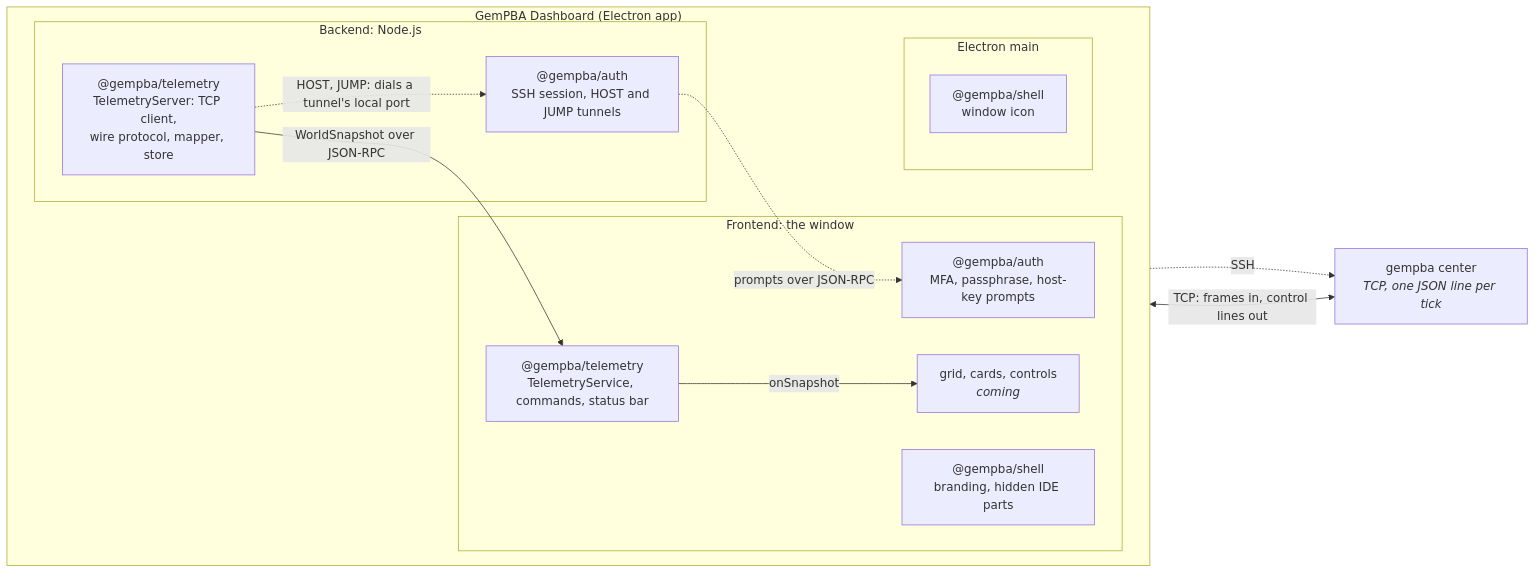
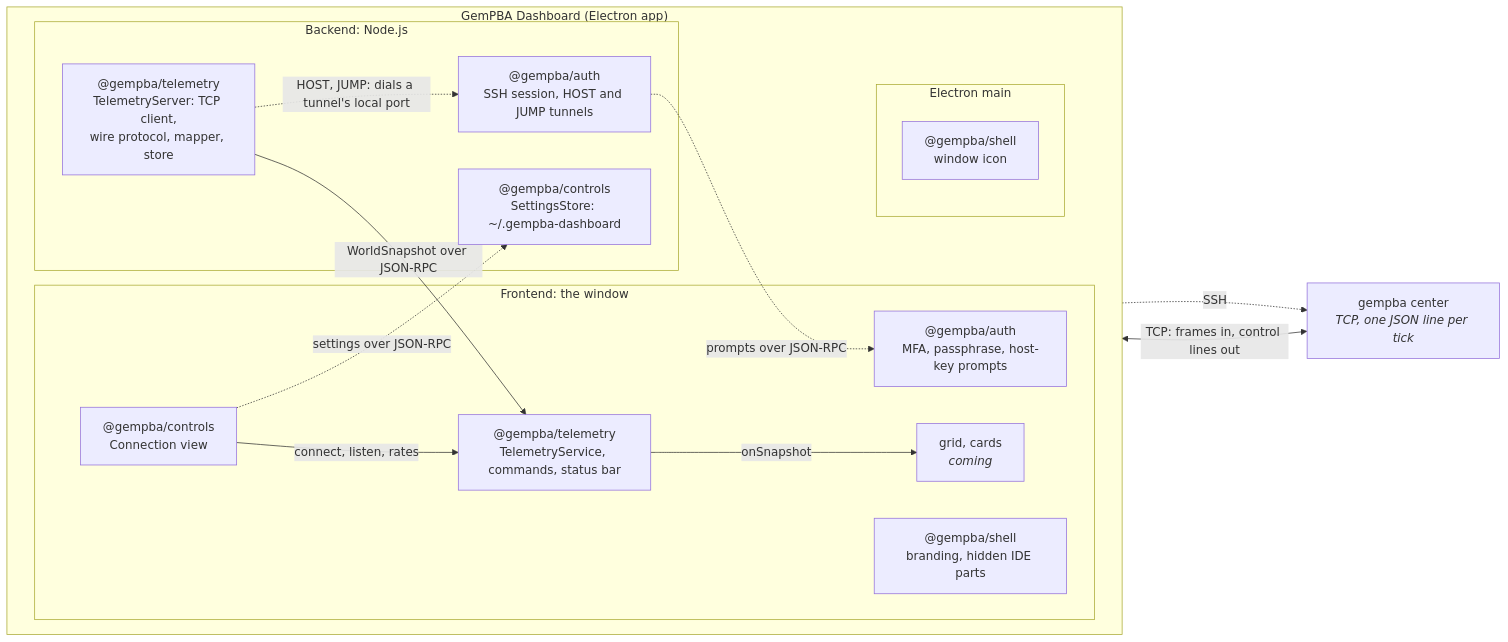
Before and after one commit to rapastranac/gempba-dashboard: the first of 3 diagrams in ARCHITECTURE.md, drawn with Mermaid. The commit also changed other lines of this file, not shown here.

First line of the commit message:
#27 Document the controls extension in ARCHITECTURE.md

````diff
--- a/ARCHITECTURE.md
+++ b/ARCHITECTURE.md
@@ -33,26 +33,30 @@
 ```mermaid
 flowchart LR
     gempba["gempba center<br/><i>TCP, one JSON line per tick</i>"]
     subgraph app["GemPBA Dashboard (Electron app)"]
         direction LR
         subgraph backend["Backend: Node.js"]
             telemetry["@gempba/telemetry<br/>TelemetryServer: TCP client,<br/>wire protocol, mapper, store"]
             authNode["@gempba/auth<br/>SSH session, HOST and JUMP tunnels"]
+            settingsNode["@gempba/controls<br/>SettingsStore: ~/.gempba-dashboard"]
         end
         subgraph frontend["Frontend: the window"]
             service["@gempba/telemetry<br/>TelemetryService, commands, status bar"]
             authUi["@gempba/auth<br/>MFA, passphrase, host-key prompts"]
+            controlsUi["@gempba/controls<br/>Connection view"]
             shellUi["@gempba/shell<br/>branding, hidden IDE parts"]
-            views["grid, cards, controls<br/><i>coming</i>"]
+            views["grid, cards<br/><i>coming</i>"]
         end
         subgraph main["Electron main"]
             shellMain["@gempba/shell<br/>window icon"]
         end
     end
     gempba <-->|"TCP: frames in, control lines out"| telemetry
     telemetry -.->|"HOST, JUMP: dials a tunnel's local port"| authNode
     authNode -.->|SSH| gempba
     authNode -.->|"prompts over JSON-RPC"| authUi
     telemetry -->|"WorldSnapshot over JSON-RPC"| service
     service -->|onSnapshot| views
+    controlsUi -->|"connect, listen, rates"| service
+    controlsUi -.->|"settings over JSON-RPC"| settingsNode
 ```
````
